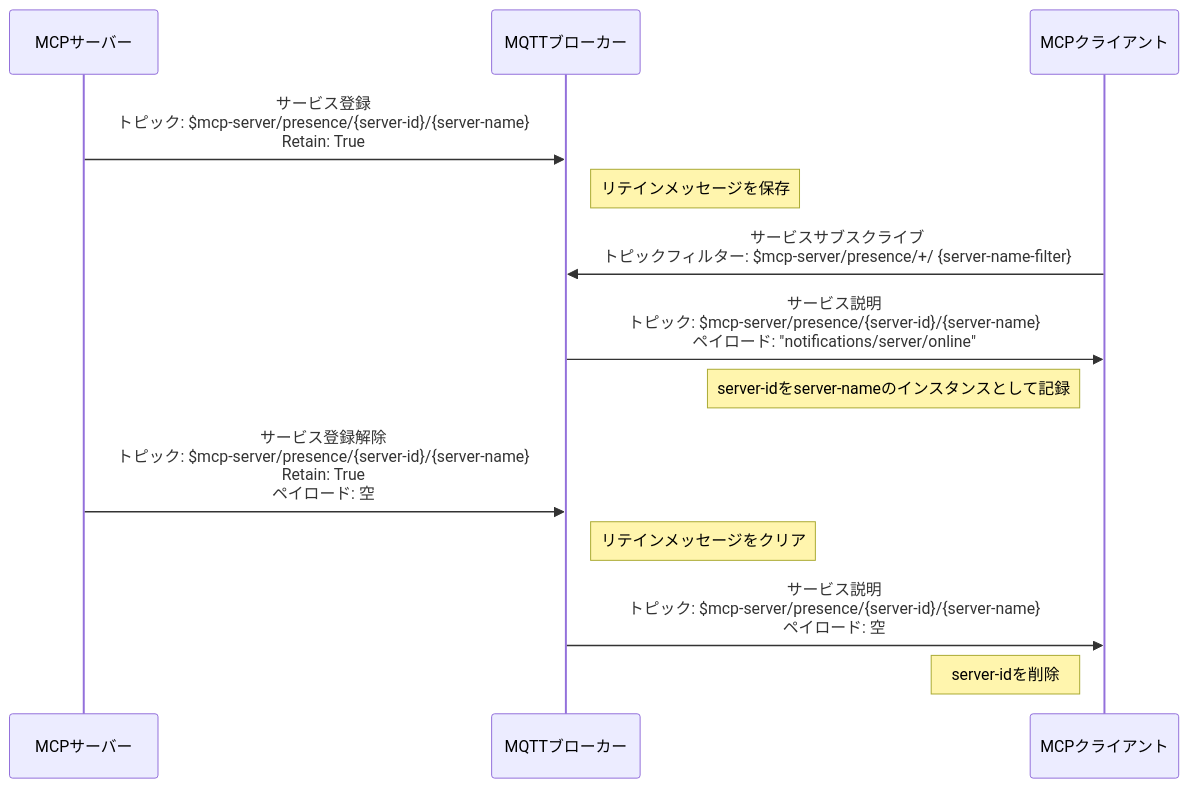
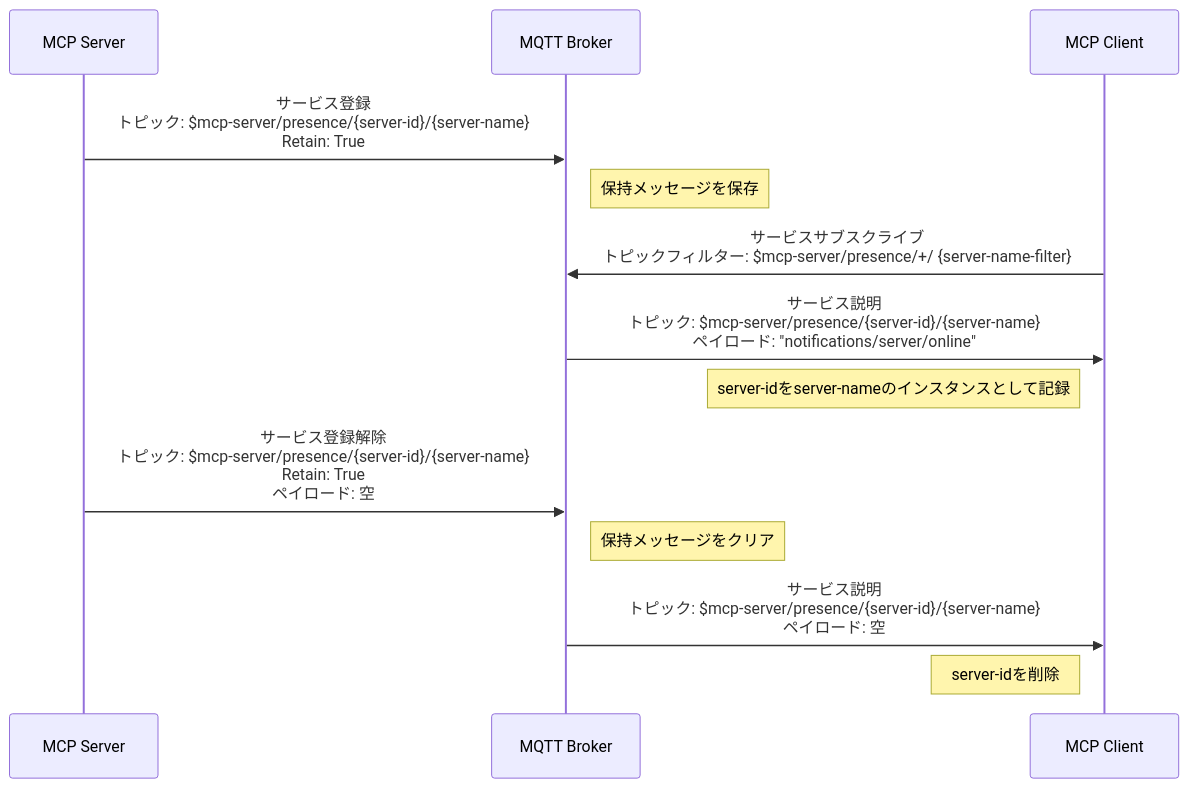
One commit to emqx/emqx-docs changed the first of 4 diagrams in ja_JP/emqx-ai/mcp-over-mqtt/specification.md. Above: the diagram before and after it, drawn with Mermaid. The commit also changed other lines of this file and 340 other files, not shown here.

````diff
--- a/ja_JP/emqx-ai/mcp-over-mqtt/specification.md
+++ b/ja_JP/emqx-ai/mcp-over-mqtt/specification.md
@@ -209,20 +208,20 @@
 ```mermaid
 sequenceDiagram
-    participant MCP_Server as MCPサーバー
-    participant MQTT_Broker as MQTTブローカー
-    participant MCP_Client as MCPクライアント
+    participant MCP_Server as MCP Server
+    participant MQTT_Broker as MQTT Broker
+    participant MCP_Client as MCP Client
 
     MCP_Server ->> MQTT_Broker: サービス登録<br/>トピック: $mcp-server/presence/{server-id}/{server-name}<br/>Retain: True
-    Note right of MQTT_Broker: リテインメッセージを保存
+    Note right of MQTT_Broker: 保持メッセージを保存
 
     MCP_Client ->> MQTT_Broker: サービスサブスクライブ<br/>トピックフィルター: $mcp-server/presence/+/ {server-name-filter}
 
     MQTT_Broker ->> MCP_Client: サービス説明<br/>トピック: $mcp-server/presence/{server-id}/{server-name}<br/>ペイロード: "notifications/server/online"
     Note left of MCP_Client: server-idをserver-nameのインスタンスとして記録
 
     MCP_Server ->> MQTT_Broker: サービス登録解除<br/>トピック: $mcp-server/presence/{server-id}/{server-name}<br/>Retain: True<br/>ペイロード: 空
-    Note right of MQTT_Broker: リテインメッセージをクリア
+    Note right of MQTT_Broker: 保持メッセージをクリア
 
     MQTT_Broker ->> MCP_Client: サービス説明<br/>トピック: $mcp-server/presence/{server-id}/{server-name}<br/>ペイロード: 空
     Note left of MCP_Client: server-idを削除
 ```
````
